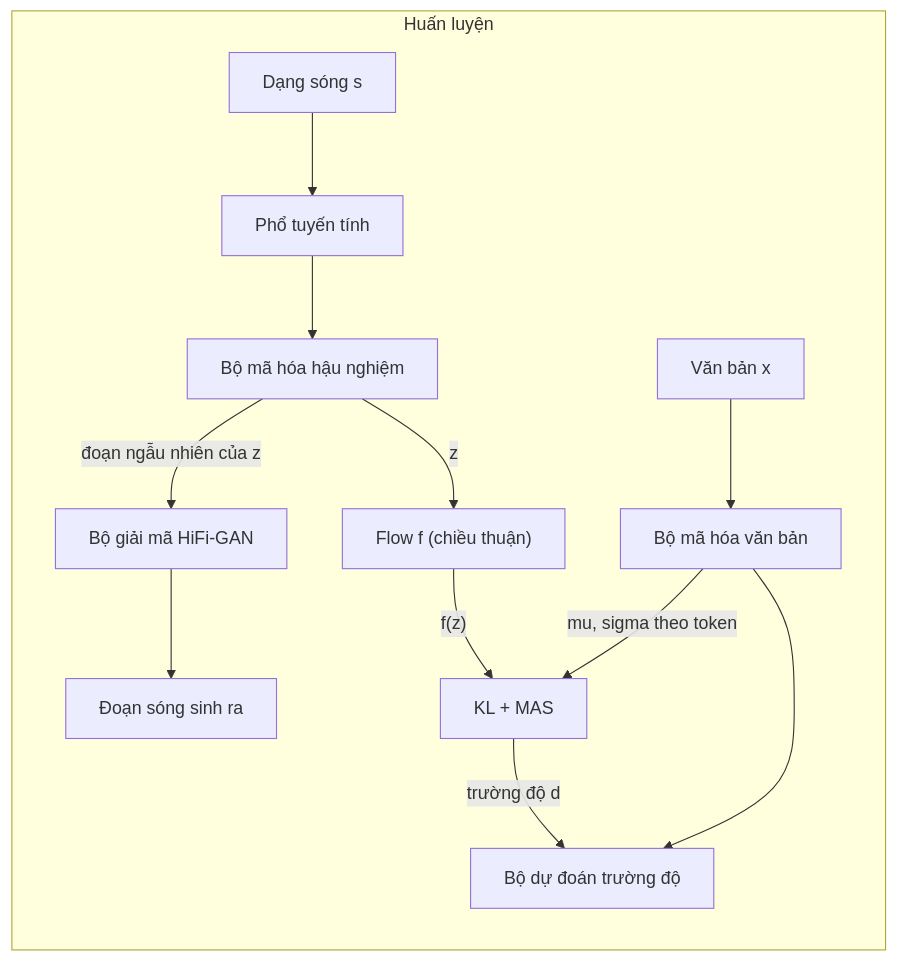
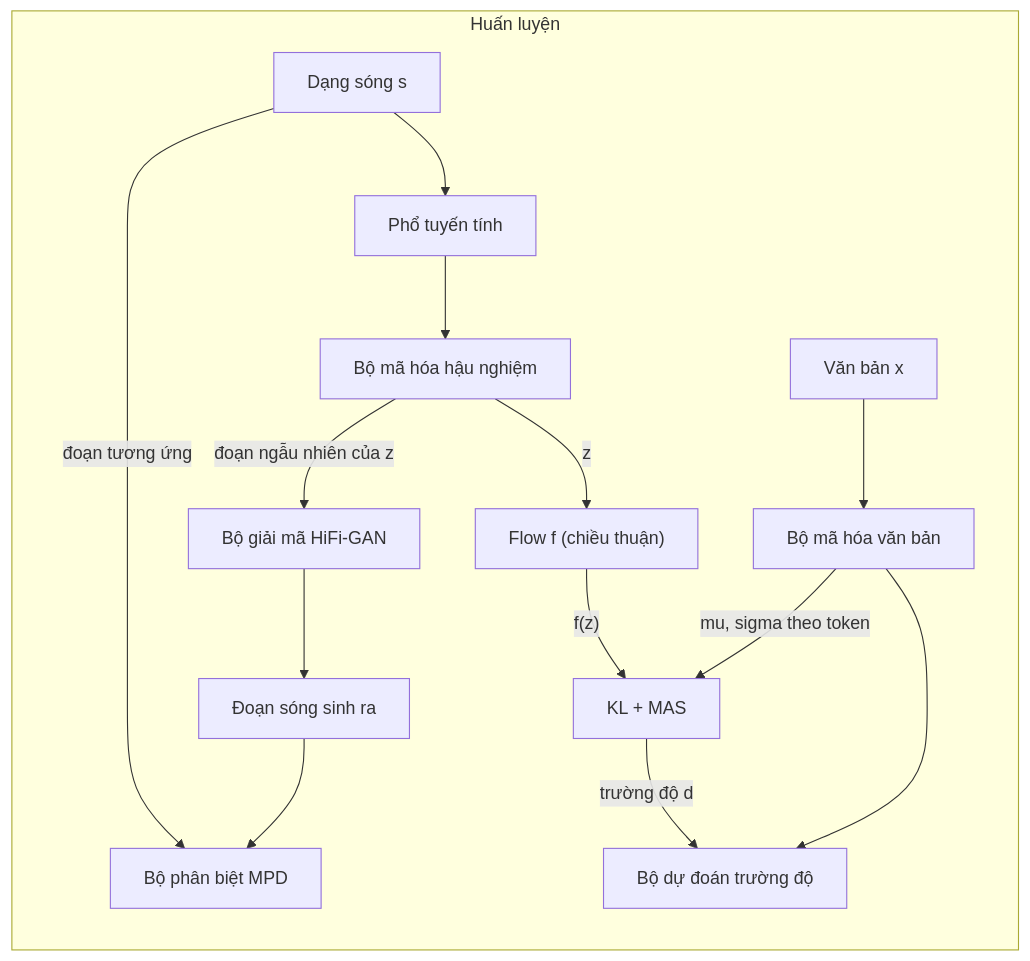
The first of 2 diagrams in docs/phan-7-e2e-bieu-cam/ch27-vits.md (tuandung222/tts-books-2026), drawn with Mermaid before and after one commit. The commit also changed other lines of this file and 2 other files, not shown here.

````diff
--- a/docs/phan-7-e2e-bieu-cam/ch27-vits.md
+++ b/docs/phan-7-e2e-bieu-cam/ch27-vits.md
@@ -44,15 +44,17 @@
 ```mermaid
 flowchart LR
     subgraph TRAIN["Huấn luyện"]
         S["Dạng sóng s"] --> SPEC["Phổ tuyến tính"]
         SPEC --> PE["Bộ mã hóa hậu nghiệm"]
         PE -->|"z"| FLOW["Flow f (chiều thuận)"]
         PE -->|"đoạn ngẫu nhiên của z"| DEC["Bộ giải mã HiFi-GAN"]
         DEC --> SHAT["Đoạn sóng sinh ra"]
+        SHAT --> DISC["Bộ phân biệt MPD"]
+        S -->|"đoạn tương ứng"| DISC
         X["Văn bản x"] --> TE["Bộ mã hóa văn bản"]
         TE -->|"mu, sigma theo token"| KL["KL + MAS"]
         FLOW -->|"f(z)"| KL
         TE --> SDP["Bộ dự đoán trường độ"]
         KL -->|"trường độ d"| SDP
     end
 ```
````
